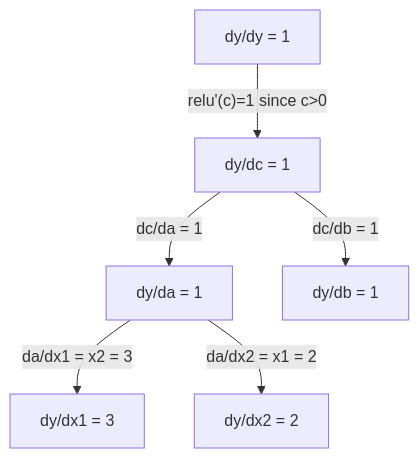
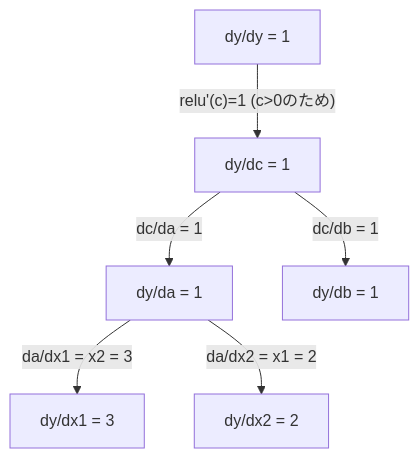
Before and after one commit to shoshoshomen/synapse-academy: the second of 2 diagrams in content/phases/01-math-foundations/05-chain-rule-and-autodiff/lesson.ja.md, drawn with Mermaid. The commit also changed other lines of this file and 124 other files, not shown here.

First line of the commit message:
feat(i18n): mermaid図のラベルを日本語化(194レッスン/374図)

````diff
--- a/content/phases/01-math-foundations/05-chain-rule-and-autodiff/lesson.ja.md
+++ b/content/phases/01-math-foundations/05-chain-rule-and-autodiff/lesson.ja.md
@@ -72,8 +72,8 @@
 ```mermaid
 graph TD
-    dy["dy/dy = 1"] -->|"relu'(c)=1 since c>0"| dc["dy/dc = 1"]
+    dy["dy/dy = 1"] -->|"relu'(c)=1 (c>0のため)"| dc["dy/dc = 1"]
     dc -->|"dc/da = 1"| da["dy/da = 1"]
     dc -->|"dc/db = 1"| db["dy/db = 1"]
     da -->|"da/dx1 = x2 = 3"| dx1["dy/dx1 = 3"]
     da -->|"da/dx2 = x1 = 2"| dx2["dy/dx2 = 2"]
 ```
````
